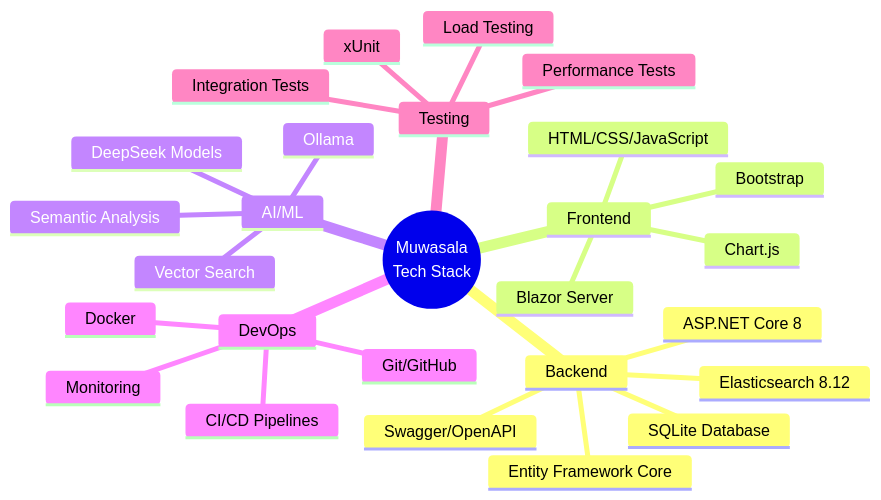
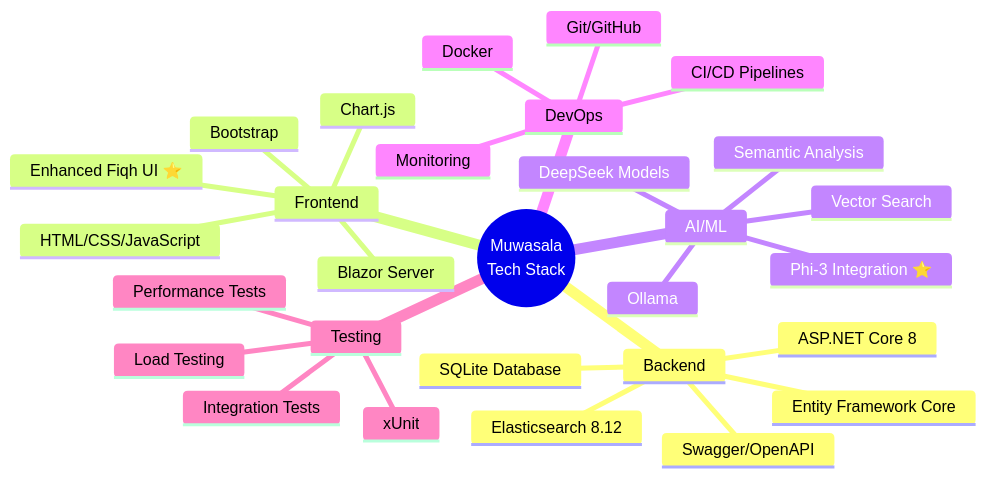
One commit to arhadnane/Muwasala-Islamic-Knowledge-Network changed diagram 12 of 19 in docs/architecture-mermaid.md. Above: the diagram before and after it, drawn with Mermaid. The commit also changed other lines of this file and 5 other files, not shown here.

````diff
--- a/docs/architecture-mermaid.md
+++ b/docs/architecture-mermaid.md
@@ -279,30 +674,32 @@
 ```mermaid
 mindmap
   root((Muwasala<br/>Tech Stack))
     Backend
       ASP.NET Core 8
       Entity Framework Core
       SQLite Database
       Elasticsearch 8.12
       Swagger/OpenAPI
     Frontend
       Blazor Server
+      Enhanced Fiqh UI ⭐
       HTML/CSS/JavaScript
       Bootstrap
       Chart.js
     AI/ML
       Ollama
+      Phi-3 Integration ⭐
       DeepSeek Models
       Vector Search
       Semantic Analysis
     DevOps
       Git/GitHub
       Docker
       CI/CD Pipelines
       Monitoring
     Testing
       xUnit
       Integration Tests
       Performance Tests
       Load Testing
 ```
````
